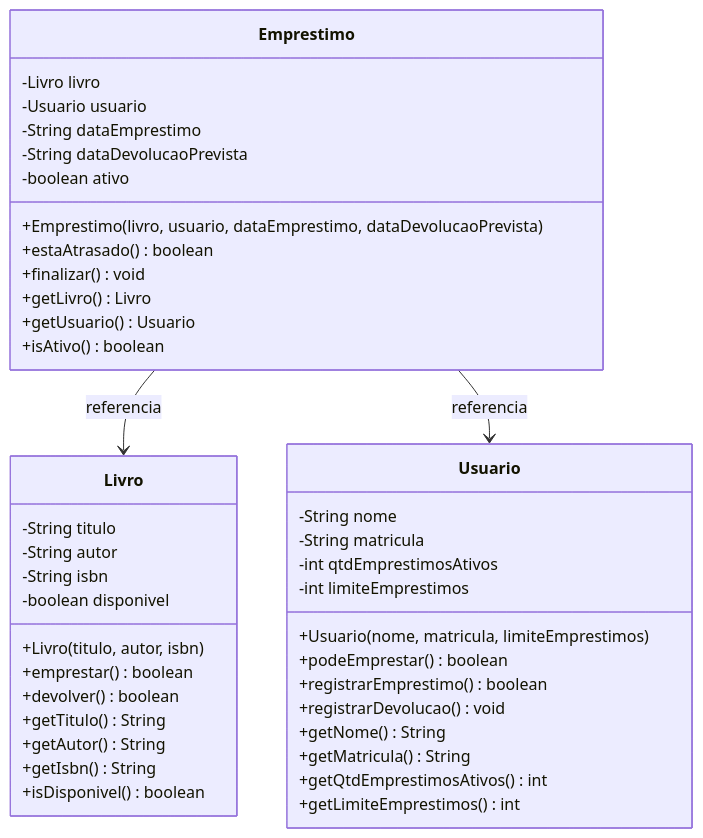
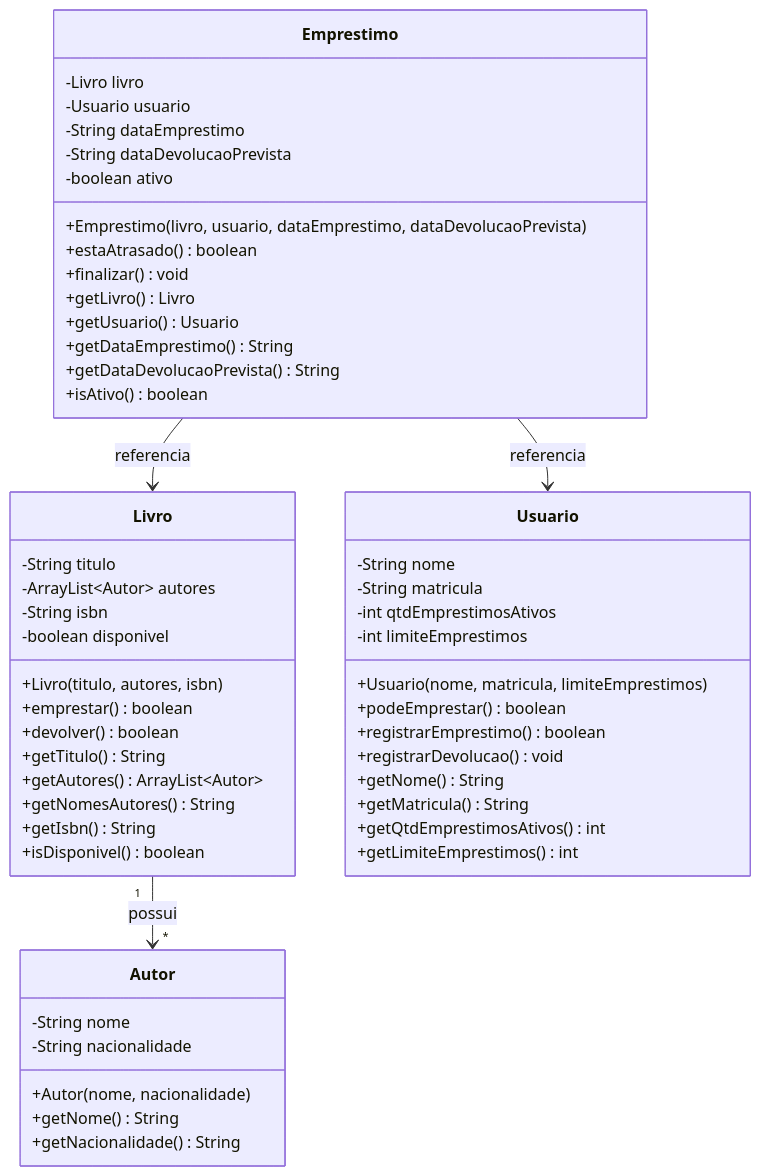
The diagram in grupo_1_biblioteca/modelagem/modelagem.md (arianearchanjo/biblioteca), drawn with Mermaid before and after one commit. The commit also changed other lines of this file and 6 other files, not shown here.

Commit message:
Etapa 2: adiciona classe Autor, atualiza Livro para multiplos autores e refina documento do grupo

````diff
--- a/grupo_1_biblioteca/modelagem/modelagem.md
+++ b/grupo_1_biblioteca/modelagem/modelagem.md
@@ -5,48 +5,60 @@
 ```mermaid
 classDiagram
+    class Autor {
+        -String nome
+        -String nacionalidade
+        +Autor(nome, nacionalidade)
+        +getNome() String
+        +getNacionalidade() String
+    }
+
     class Livro {
         -String titulo
-        -String autor
+        -ArrayList~Autor~ autores
         -String isbn
         -boolean disponivel
-        +Livro(titulo, autor, isbn)
+        +Livro(titulo, autores, isbn)
         +emprestar() boolean
         +devolver() boolean
         +getTitulo() String
-        +getAutor() String
+        +getAutores() ArrayList~Autor~
+        +getNomesAutores() String
         +getIsbn() String
         +isDisponivel() boolean
     }
 
     class Usuario {
         -String nome
         -String matricula
         -int qtdEmprestimosAtivos
         -int limiteEmprestimos
         +Usuario(nome, matricula, limiteEmprestimos)
         +podeEmprestar() boolean
         +registrarEmprestimo() boolean
         +registrarDevolucao() void
         +getNome() String
         +getMatricula() String
         +getQtdEmprestimosAtivos() int
         +getLimiteEmprestimos() int
     }
 
     class Emprestimo {
         -Livro livro
         -Usuario usuario
         -String dataEmprestimo
         -String dataDevolucaoPrevista
         -boolean ativo
         +Emprestimo(livro, usuario, dataEmprestimo, dataDevolucaoPrevista)
         +estaAtrasado() boolean
         +finalizar() void
         +getLivro() Livro
         +getUsuario() Usuario
+        +getDataEmprestimo() String
+        +getDataDevolucaoPrevista() String
         +isAtivo() boolean
     }
 
+    Livro "1" --> "*" Autor : possui
     Emprestimo --> Livro : referencia
     Emprestimo --> Usuario : referencia
 ```
````
